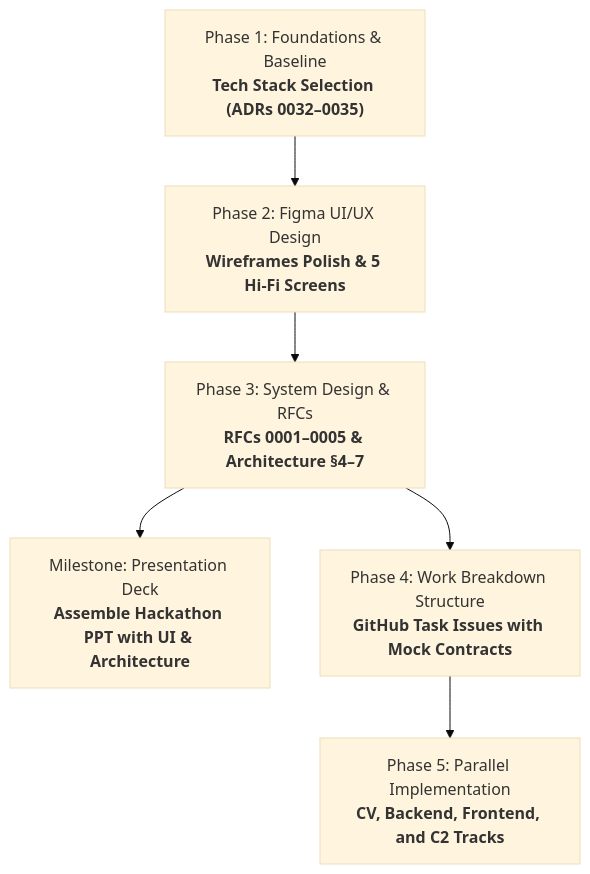
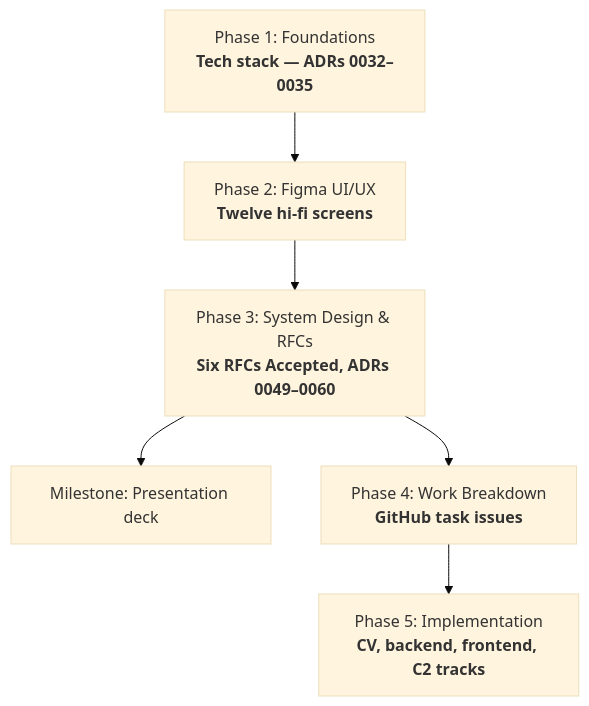
The second of 2 diagrams in README.md (Sujatx/ibvap), drawn with Mermaid (base theme) before and after one commit. The commit also changed other lines of this file and 33 other files, not shown here.

First line of the commit message:
Restructure dev rig under src/dvr, add System Design Document, close watchlist hi-fi gap

````diff
--- a/README.md
+++ b/README.md
@@ -133,8 +182,8 @@
 ```mermaid
 graph TD
-    P1["Phase 1: Foundations & Baseline<br/><b>Tech Stack Selection (ADRs 0032–0035)</b>"] --> P2["Phase 2: Figma UI/UX Design<br/><b>Wireframes Polish & 5 Hi-Fi Screens</b>"]
-    P2 --> P3["Phase 3: System Design & RFCs<br/><b>RFCs 0001–0005 & Architecture §4–7</b>"]
-    P3 --> PPT["Milestone: Presentation Deck<br/><b>Assemble Hackathon PPT with UI & Architecture</b>"]
-    P3 --> P4["Phase 4: Work Breakdown Structure<br/><b>GitHub Task Issues with Mock Contracts</b>"]
-    P4 --> P5["Phase 5: Parallel Implementation<br/><b>CV, Backend, Frontend, and C2 Tracks</b>"]
+    P1["Phase 1: Foundations<br/><b>Tech stack — ADRs 0032–0035</b>"] --> P2["Phase 2: Figma UI/UX<br/><b>Twelve hi-fi screens</b>"]
+    P2 --> P3["Phase 3: System Design & RFCs<br/><b>Six RFCs Accepted, ADRs 0049–0060</b>"]
+    P3 --> PPT["Milestone: Presentation deck"]
+    P3 --> P4["Phase 4: Work Breakdown<br/><b>GitHub task issues</b>"]
+    P4 --> P5["Phase 5: Implementation<br/><b>CV, backend, frontend, C2 tracks</b>"]
 ```
````
